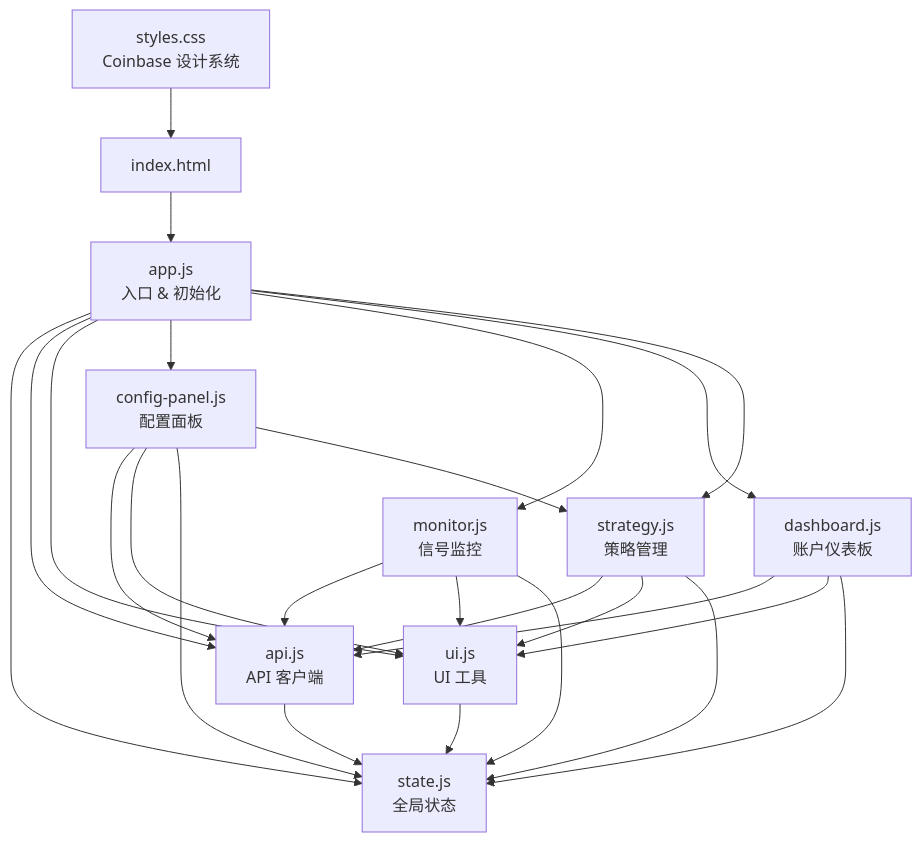
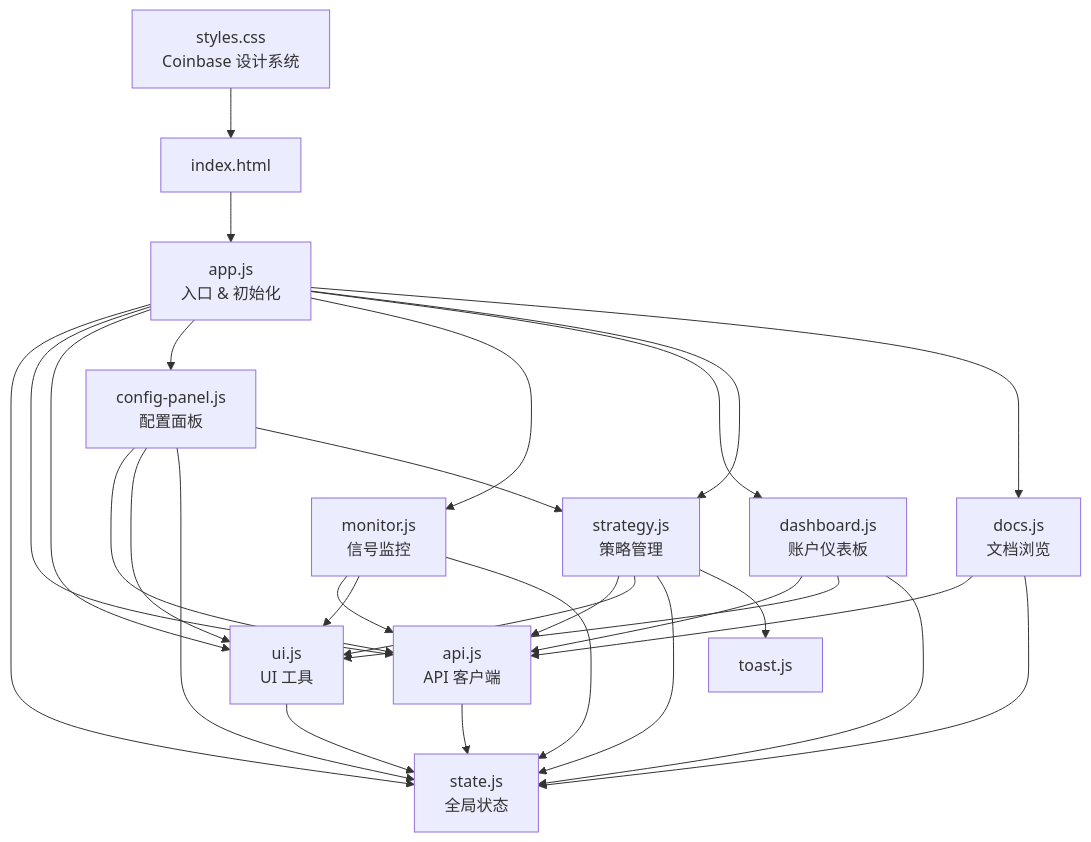
One commit to Dada-liu/QMT-Live-Assistant changed the fourth of 5 diagrams in product-doc/IMPLEMENTATION_PLAN.md. Above: the diagram before and after it, drawn with Mermaid. The commit also changed other lines of this file, not shown here.

````diff
--- a/product-doc/IMPLEMENTATION_PLAN.md
+++ b/product-doc/IMPLEMENTATION_PLAN.md
@@ -205,29 +257,33 @@
 ```mermaid
 graph TB
     APP["app.js<br/>入口 & 初始化"] --> STATE["state.js<br/>全局状态"]
     APP --> API["api.js<br/>API 客户端"]
     APP --> UI["ui.js<br/>UI 工具"]
     APP --> CFG["config-panel.js<br/>配置面板"]
     APP --> MON["monitor.js<br/>信号监控"]
     APP --> DASH["dashboard.js<br/>账户仪表板"]
     APP --> STRAT["strategy.js<br/>策略管理"]
+    APP --> DOCS_JS["docs.js<br/>文档浏览"]
 
     CFG --> API
     CFG --> UI
     CFG --> STATE
     CFG --> STRAT
     MON --> API
     MON --> UI
     MON --> STATE
     DASH --> API
     DASH --> UI
     DASH --> STATE
     STRAT --> API
     STRAT --> UI
     STRAT --> STATE
+    STRAT --> TOAST["toast.js"]
     API --> STATE
     UI --> STATE
+    DOCS_JS --> API
+    DOCS_JS --> STATE
 
     HTML["index.html"] --> APP
     CSS["styles.css<br/>Coinbase 设计系统"] --> HTML
 ```
````
